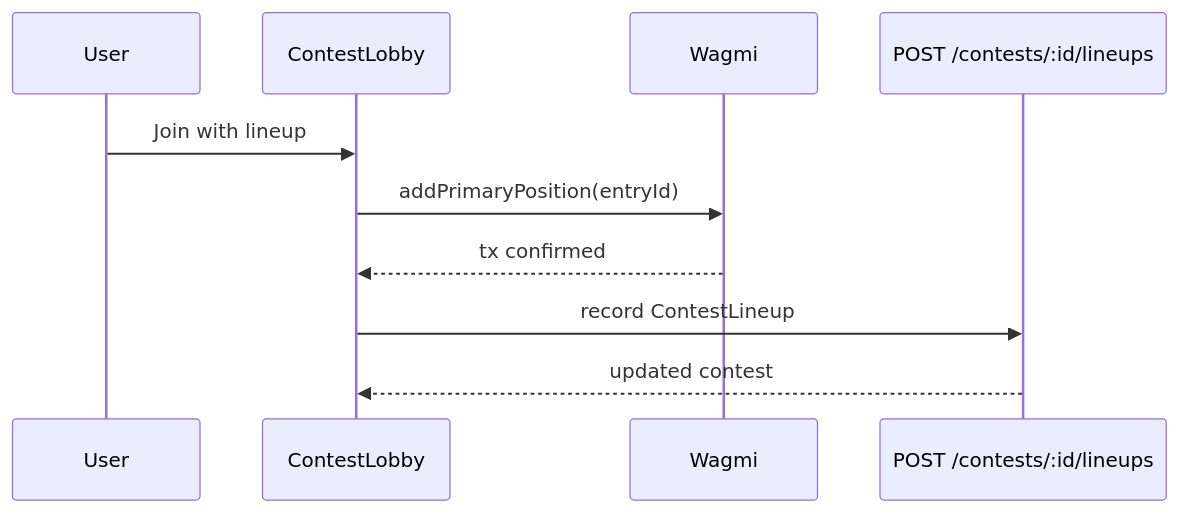
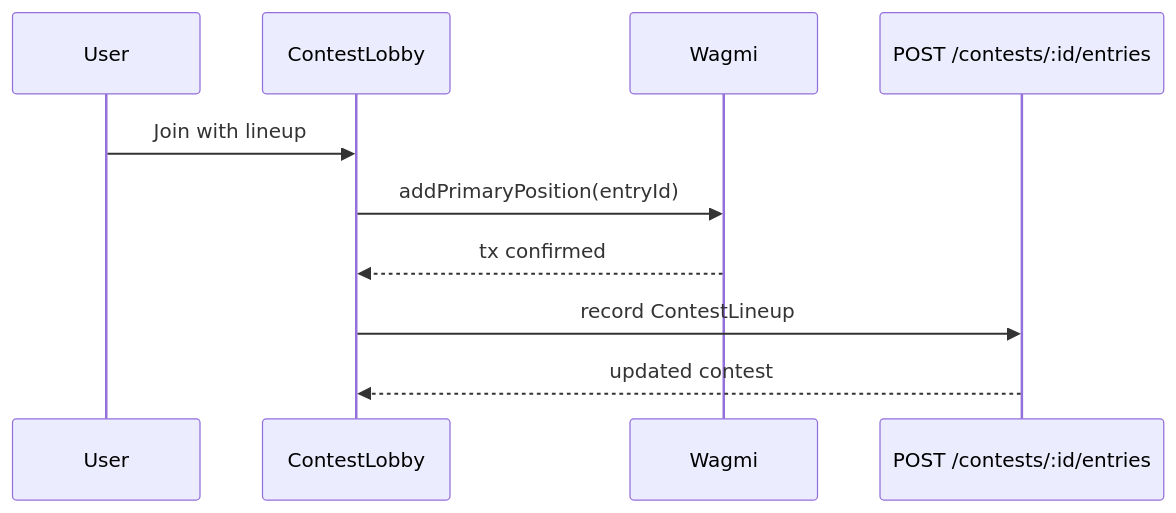
One commit to MagRelo/cut changed the fourth of 5 diagrams in spec/client/data-flow.md. Above: the diagram before and after it, drawn with Mermaid. The commit also changed other lines of this file and 42 other files, not shown here.

````diff
--- a/spec/client/data-flow.md
+++ b/spec/client/data-flow.md
@@ -122,13 +124,13 @@
 ```mermaid
 sequenceDiagram
   participant User
   participant UI as ContestLobby
   participant Chain as Wagmi
-  participant API as POST /contests/:id/lineups
+  participant API as POST /contests/:id/entries
 
   User->>UI: Join with lineup
   UI->>Chain: addPrimaryPosition(entryId)
   Chain-->>UI: tx confirmed
   UI->>API: record ContestLineup
   API-->>UI: updated contest
 ```
````
